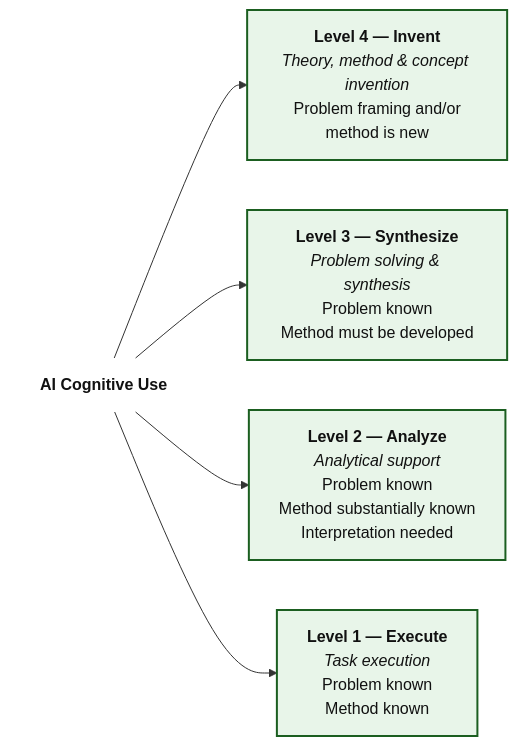
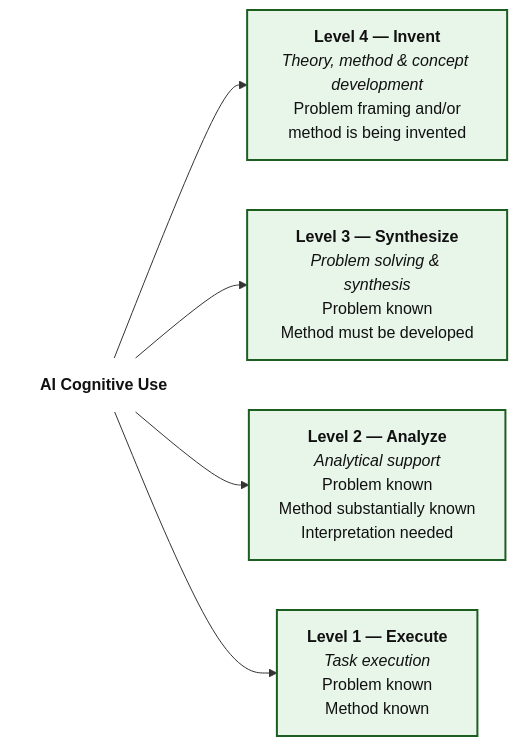
Before and after one commit to Tellusant/docs: the diagram in articles-posts/ai-cognitive-uses.md, drawn with Mermaid. The commit also changed other lines of this file, not shown here.

```diff
--- a/articles-posts/ai-cognitive-uses.md
+++ b/articles-posts/ai-cognitive-uses.md
@@ -23,39 +23,39 @@
 <div class="mermaid">
   
 flowchart LR
 %%{init: {'themeVariables': { 'fontFamily': 'Arial'}}}%%
 
 AI["`**AI Cognitive Use**`"]:::none
 
 L4["`**Level 4 — Invent**
-*Theory, method & concept invention*
+*Theory, method & concept development*
 Problem framing and/or
-method is new`"]:::strong
+method is being invented`"]:::strong
 
 L3["`**Level 3 — Synthesize**
 *Problem solving & synthesis*
 Problem known
 Method must be developed`"]:::strong
 
 L2["`**Level 2 — Analyze**
 *Analytical support*
 Problem known
 Method substantially known
 Interpretation needed`"]:::strong
 
 L1["`**Level 1 — Execute**
 *Task execution*
 Problem known
 Method known`"]:::strong
 
 AI --> L4
 AI --> L3
 AI --> L2
 AI --> L1
 
 %% ========= STYLES =========
 
 classDef strong fill:#E8F5E9,stroke:#1B5E20,stroke-width:2px,color:#111;
 classDef none fill:transparent,stroke:transparent,color:#111;
 
 </div>
```
